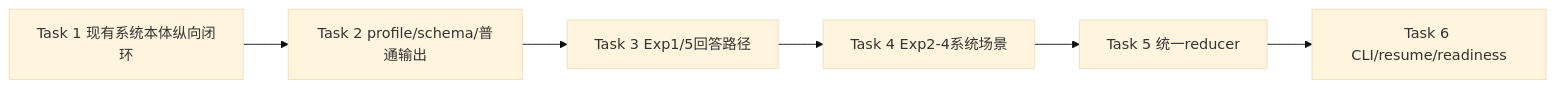
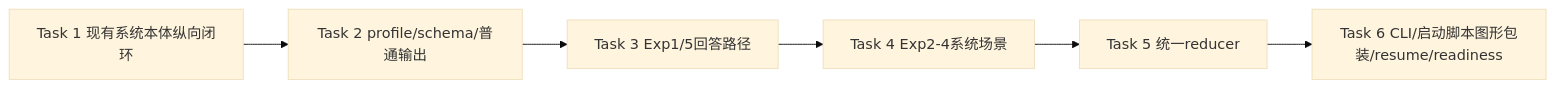
One commit to BriasedTu/TokenShare changed the diagram in Doc/SlimV2/slim_v2_implementation_plan.md. Above: the diagram before and after it, drawn with Mermaid (base theme). The commit also changed other lines of this file and 2 other files, not shown here.

Commit message:
docs(slim-v2): add thin launcher GUI to task 6

````diff
--- a/Doc/SlimV2/slim_v2_implementation_plan.md
+++ b/Doc/SlimV2/slim_v2_implementation_plan.md
@@ -300,8 +315,8 @@
 ```mermaid
 flowchart LR
     T1["Task 1 现有系统本体纵向闭环"] --> T2["Task 2 profile/schema/普通输出"]
     T2 --> T3["Task 3 Exp1/5回答路径"]
     T3 --> T4["Task 4 Exp2-4系统场景"]
     T4 --> T5["Task 5 统一reducer"]
-    T5 --> T6["Task 6 CLI/resume/readiness"]
+    T5 --> T6["Task 6 CLI/启动脚本图形包装/resume/readiness"]
 ```
````
